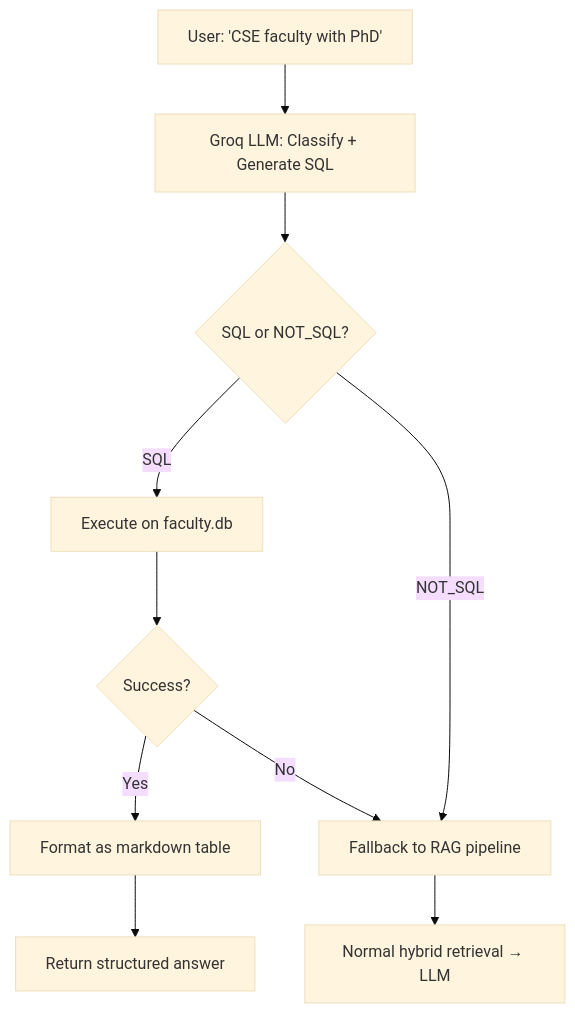
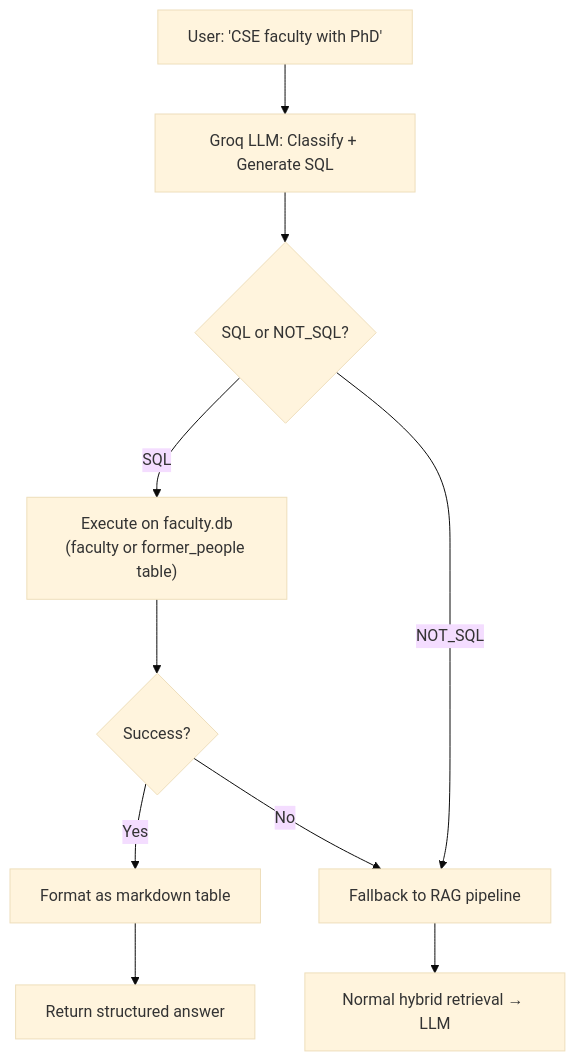
Diagram 13 of 16 in WORKING.md (arxhr007/sahrdaya_ragx), drawn with Mermaid (base theme) before and after one commit. The commit also changed other lines of this file and 6 other files, not shown here.

Commit message:
feat: former people SQL table, routing, and docs updates

````diff
--- a/WORKING.md
+++ b/WORKING.md
@@ -607,12 +669,12 @@
 ```mermaid
 flowchart TD
     A["User: 'CSE faculty with PhD'"] --> B["Groq LLM: Classify + Generate SQL"]
     B --> C{SQL or NOT_SQL?}
-    C -->|SQL| D["Execute on faculty.db"]
+    C -->|SQL| D["Execute on faculty.db\n(faculty or former_people table)"]
     D --> E{Success?}
     E -->|Yes| F["Format as markdown table"]
     E -->|No| G["Fallback to RAG pipeline"]
     C -->|NOT_SQL| G
     F --> H["Return structured answer"]
     G --> I["Normal hybrid retrieval → LLM"]
 ```
````
